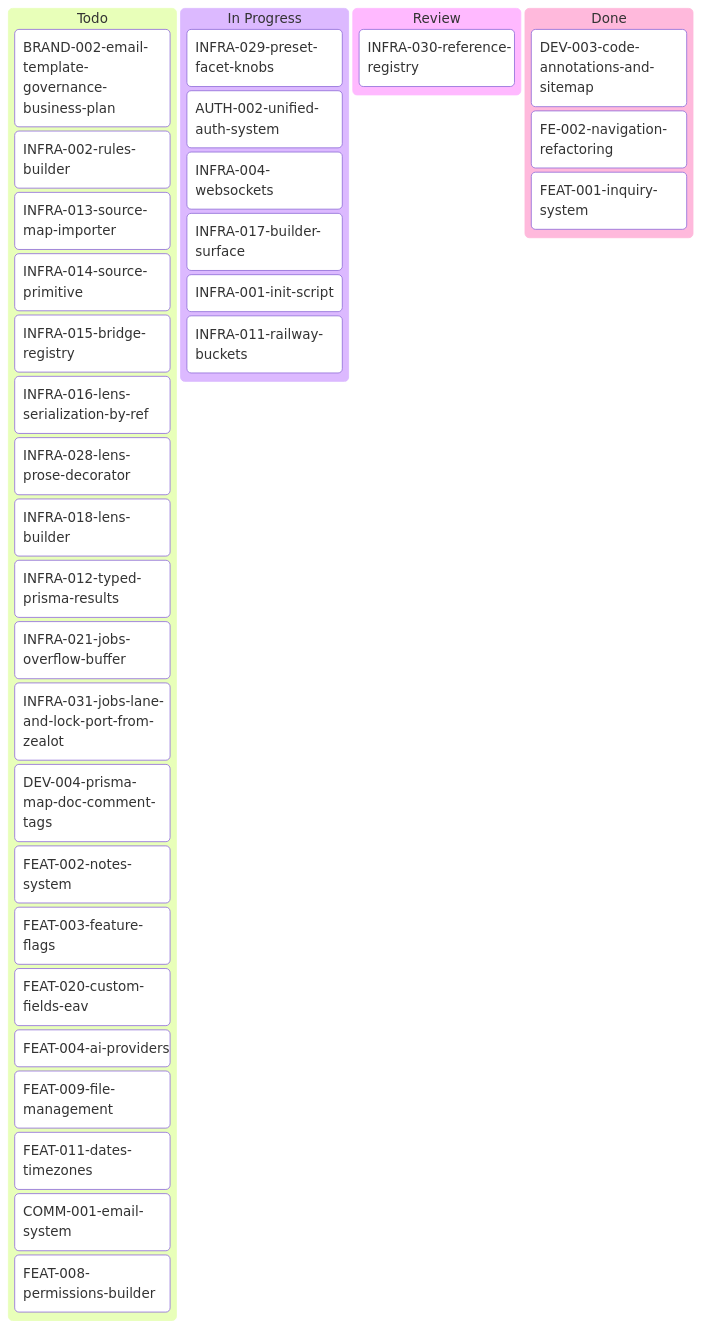
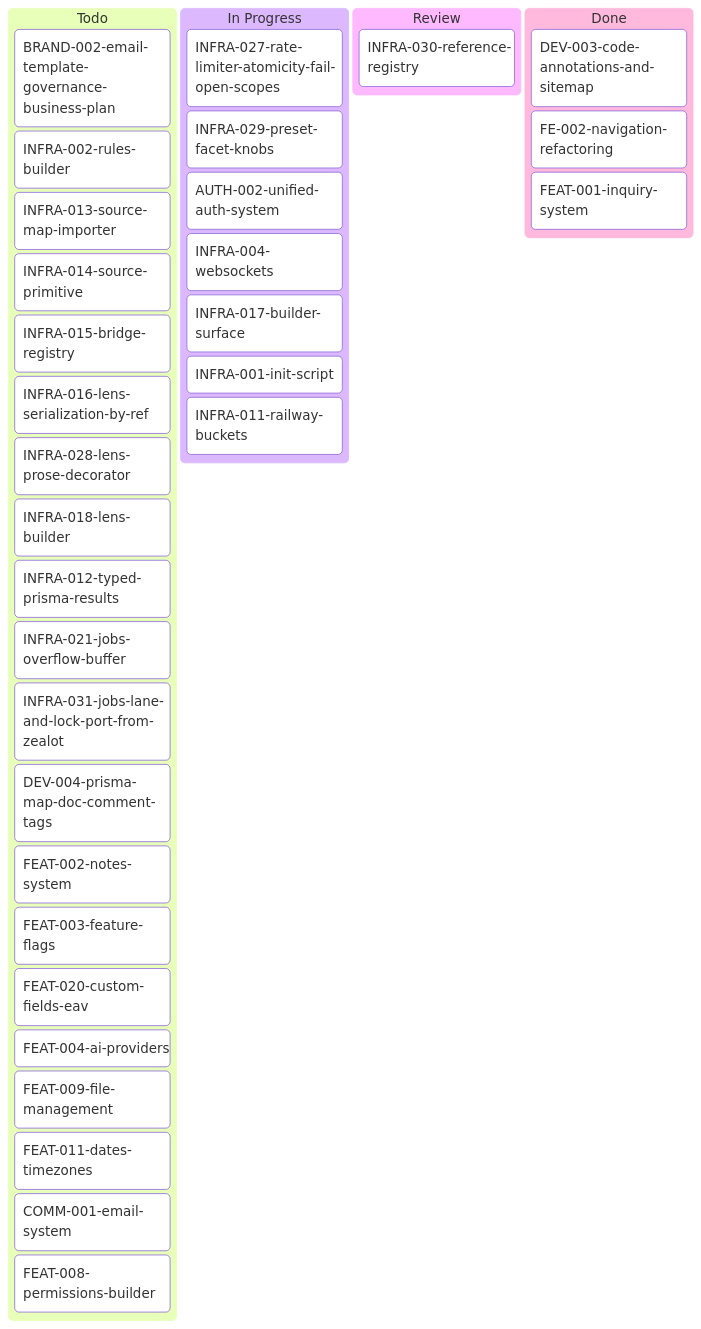
One commit to inixiative/template changed the diagram in tickets/kanban-aron.md. Above: the diagram before and after it, drawn with Mermaid. The commit also changed 29 other files, not shown here.

First line of the commit message:
feat(api): rate limiter — AND-checked user/space/org buckets, fail-open, Retry-After (INFRA-027) (#108)

````diff
--- a/tickets/kanban-aron.md
+++ b/tickets/kanban-aron.md
@@ -3,42 +3,43 @@
 ```mermaid
 ---
 config:
   kanban:
     ticketBaseUrl: 'https://github.com/yourorg/template/blob/main/tickets/#TICKET#'
 ---
 kanban
   Todo
     BRAND-002-email-template-governance-business-plan
     INFRA-002-rules-builder
     INFRA-013-source-map-importer
     INFRA-014-source-primitive
     INFRA-015-bridge-registry
     INFRA-016-lens-serialization-by-ref
     INFRA-028-lens-prose-decorator
     INFRA-018-lens-builder
     INFRA-012-typed-prisma-results
     INFRA-021-jobs-overflow-buffer
     INFRA-031-jobs-lane-and-lock-port-from-zealot
     DEV-004-prisma-map-doc-comment-tags
     FEAT-002-notes-system
     FEAT-003-feature-flags
     FEAT-020-custom-fields-eav
     FEAT-004-ai-providers
     FEAT-009-file-management
     FEAT-011-dates-timezones
     COMM-001-email-system
     FEAT-008-permissions-builder
   In Progress
+    INFRA-027-rate-limiter-atomicity-fail-open-scopes
     INFRA-029-preset-facet-knobs
     AUTH-002-unified-auth-system
     INFRA-004-websockets
     INFRA-017-builder-surface
     INFRA-001-init-script
     INFRA-011-railway-buckets
   Review
     INFRA-030-reference-registry
   Done
     DEV-003-code-annotations-and-sitemap
     FE-002-navigation-refactoring
     FEAT-001-inquiry-system
 ```
````
